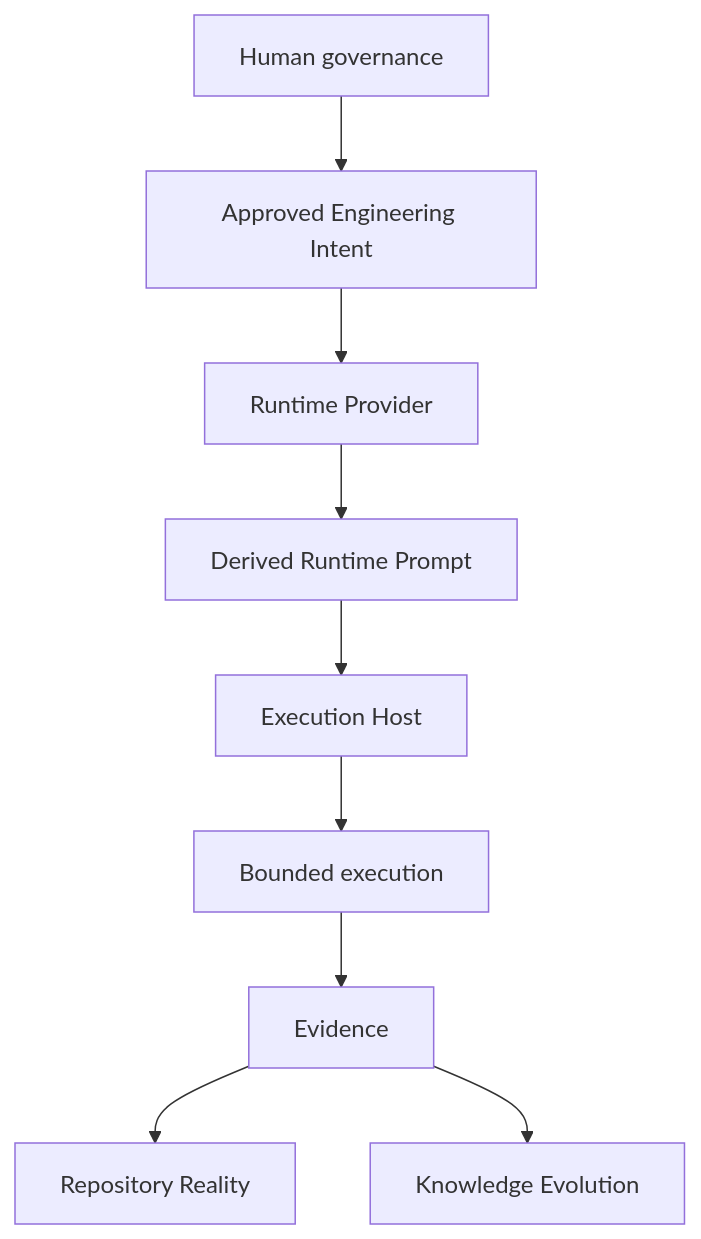
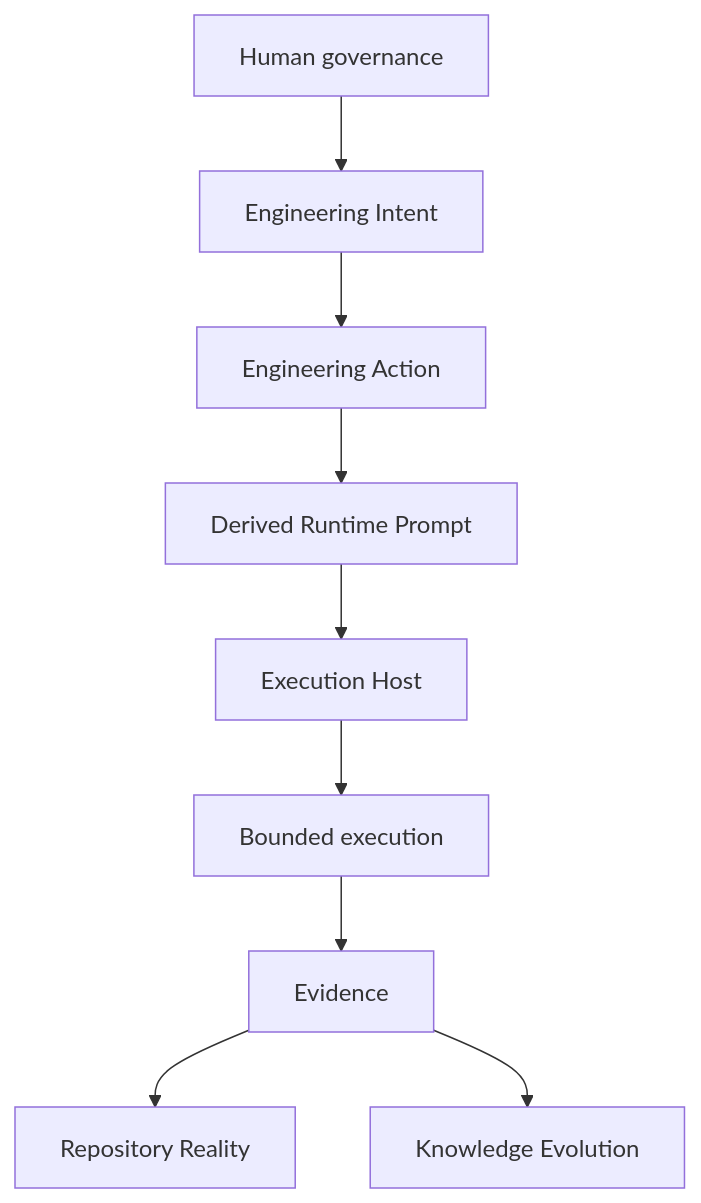
The third of 10 diagrams in docs/architecture/FORGE_FOUNDING_ARCHITECTURE_HANDBOOK.md (pcvantol/forge), drawn with Mermaid before and after one commit. The commit also changed other lines of this file and 15 other files, not shown here.

Commit message:
docs: introduce engineering action architecture

````diff
--- a/docs/architecture/FORGE_FOUNDING_ARCHITECTURE_HANDBOOK.md
+++ b/docs/architecture/FORGE_FOUNDING_ARCHITECTURE_HANDBOOK.md
@@ -199,11 +201,11 @@
 ```mermaid
 flowchart TD
-    I[Approved Engineering Intent] --> P[Runtime Provider]
-    P --> RP[Derived Runtime Prompt]
+    I[Engineering Intent] --> A[Engineering Action]
+    A --> RP[Derived Runtime Prompt]
     RP --> H[Execution Host]
     H --> X[Bounded execution]
     X --> E[Evidence]
     E --> RR[Repository Reality]
     E --> KE[Knowledge Evolution]
     G[Human governance] --> I
 ```
````
